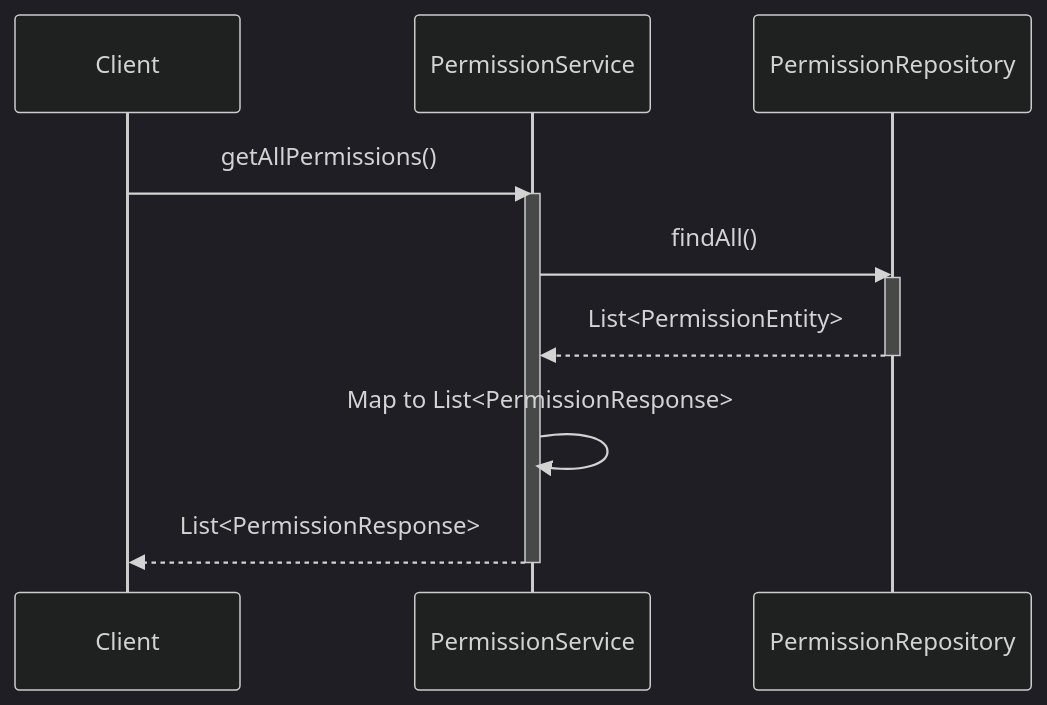
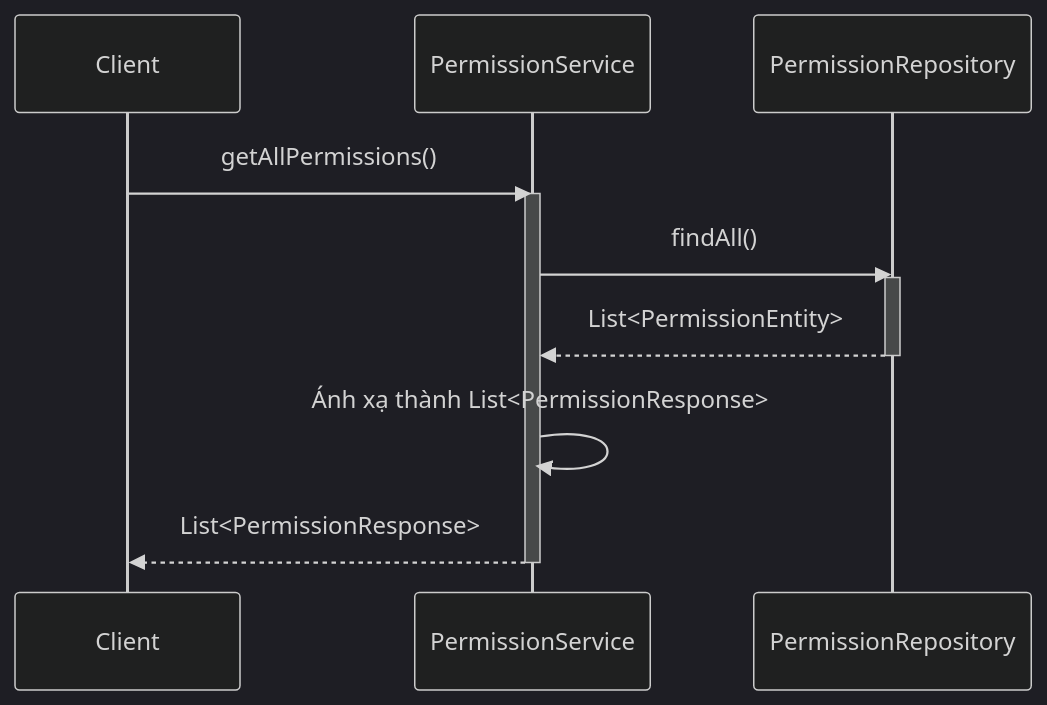
Before and after one commit to aquoc09/easymall: the first of 9 diagrams in .agent/sequence/rbac_services_sequence_diagrams.md, drawn with Mermaid (dark theme). The commit also changed other lines of this file and 18 other files, not shown here.

Commit message:
UPDATE: Sequence diagram vietnamese

````diff
--- a/.agent/sequence/rbac_services_sequence_diagrams.md
+++ b/.agent/sequence/rbac_services_sequence_diagrams.md
@@ -9,19 +9,19 @@
 ```mermaid
 sequenceDiagram
     participant Client
     participant PermissionService
     participant PermissionRepository
 
     Client->>PermissionService: getAllPermissions()
     activate PermissionService
 
     PermissionService->>PermissionRepository: findAll()
     activate PermissionRepository
     PermissionRepository-->>PermissionService: List<PermissionEntity>
     deactivate PermissionRepository
 
-    PermissionService->>PermissionService: Map to List<PermissionResponse>
+    PermissionService->>PermissionService: Ánh xạ thành List<PermissionResponse>
     
     PermissionService-->>Client: List<PermissionResponse>
     deactivate PermissionService
 ```
````
